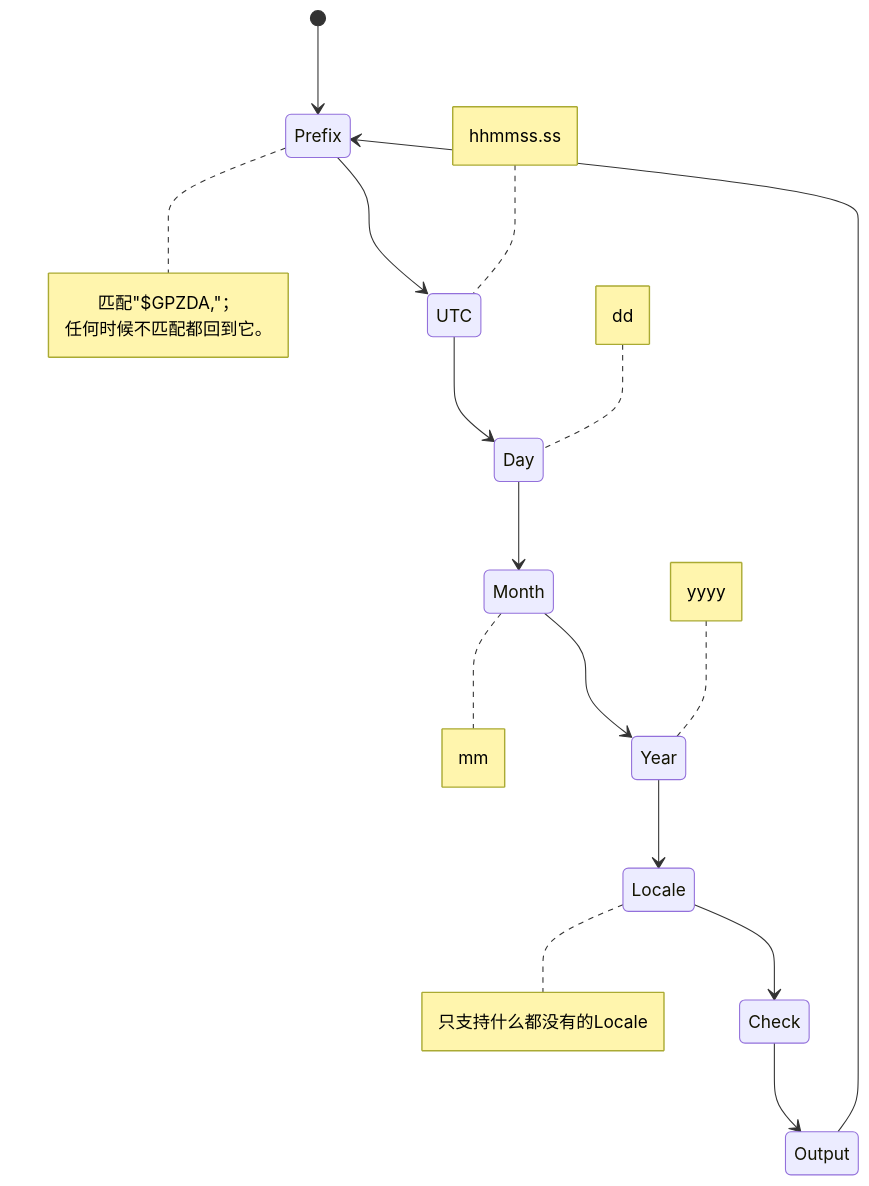
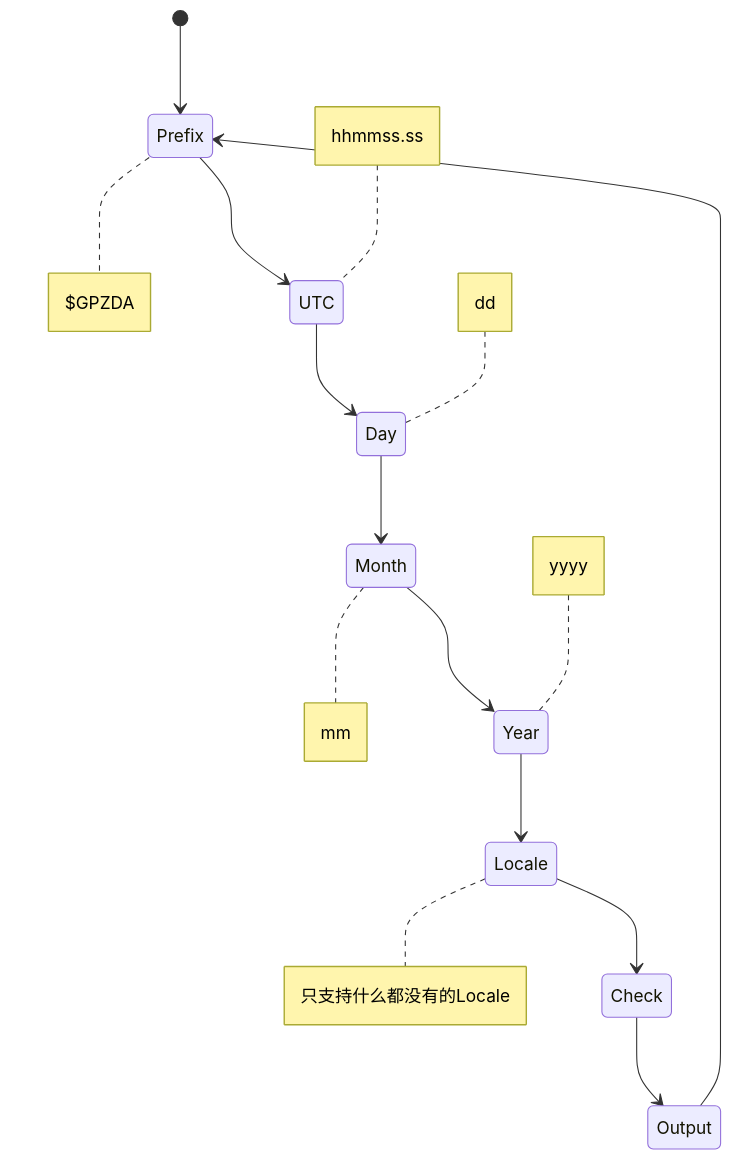
One commit to YDX-2147483647/SoC_Design_Archive changed the first of 3 diagrams in GPZDA/ReadMe.md. Above: the diagram before and after it, drawn with Mermaid. The commit also changed other lines of this file, not shown here.

````diff
--- a/GPZDA/ReadMe.md
+++ b/GPZDA/ReadMe.md
@@ -13,19 +17,19 @@
 ```mermaid
 stateDiagram-v2
     [*] --> Prefix
-    note right of Prefix: 匹配"$GPZDA,"；<br>任何时候不匹配都回到它。
+    note right of Prefix: $GPZDA
     
     Prefix --> UTC
     note left of UTC: hhmmss.ss
     UTC --> Day
     note left of Day: dd
     Day --> Month
     note right of Month: mm
     Month --> Year
     note left of Year: yyyy
     Year --> Locale
     note right of Locale: 只支持什么都没有的Locale
     Locale --> Check
     Check --> Output
     Output --> Prefix
 ```
````
